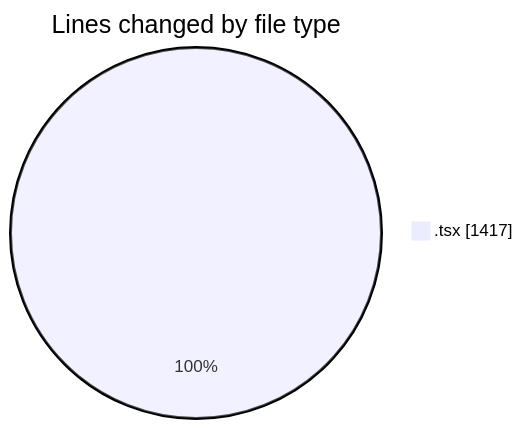
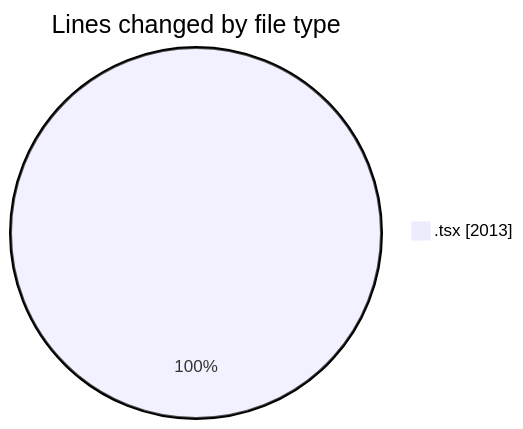
The first of 2 diagrams in 2026-02-10/nxtqube_webapp/README.md (nxtqubesakshisongat/code-tracking), drawn with Mermaid before and after one commit. The commit also changed other lines of this file and 1 other file, not shown here.

````diff
--- a/2026-02-10/nxtqube_webapp/README.md
+++ b/2026-02-10/nxtqube_webapp/README.md
@@ -21,5 +21,5 @@
 ```mermaid
 pie showData
 title Lines changed by file type
-".tsx" : 1417
+".tsx" : 2013
 ```
````
